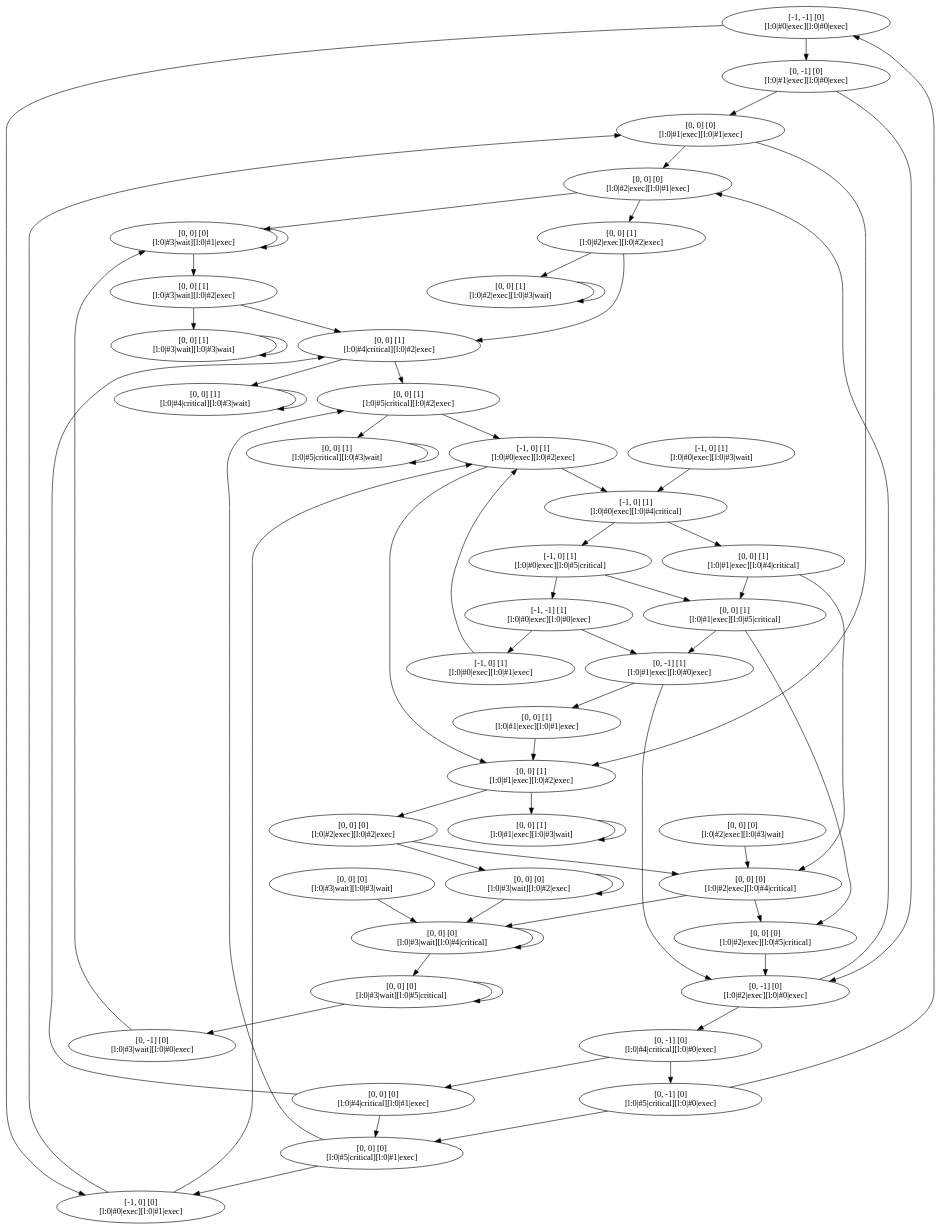
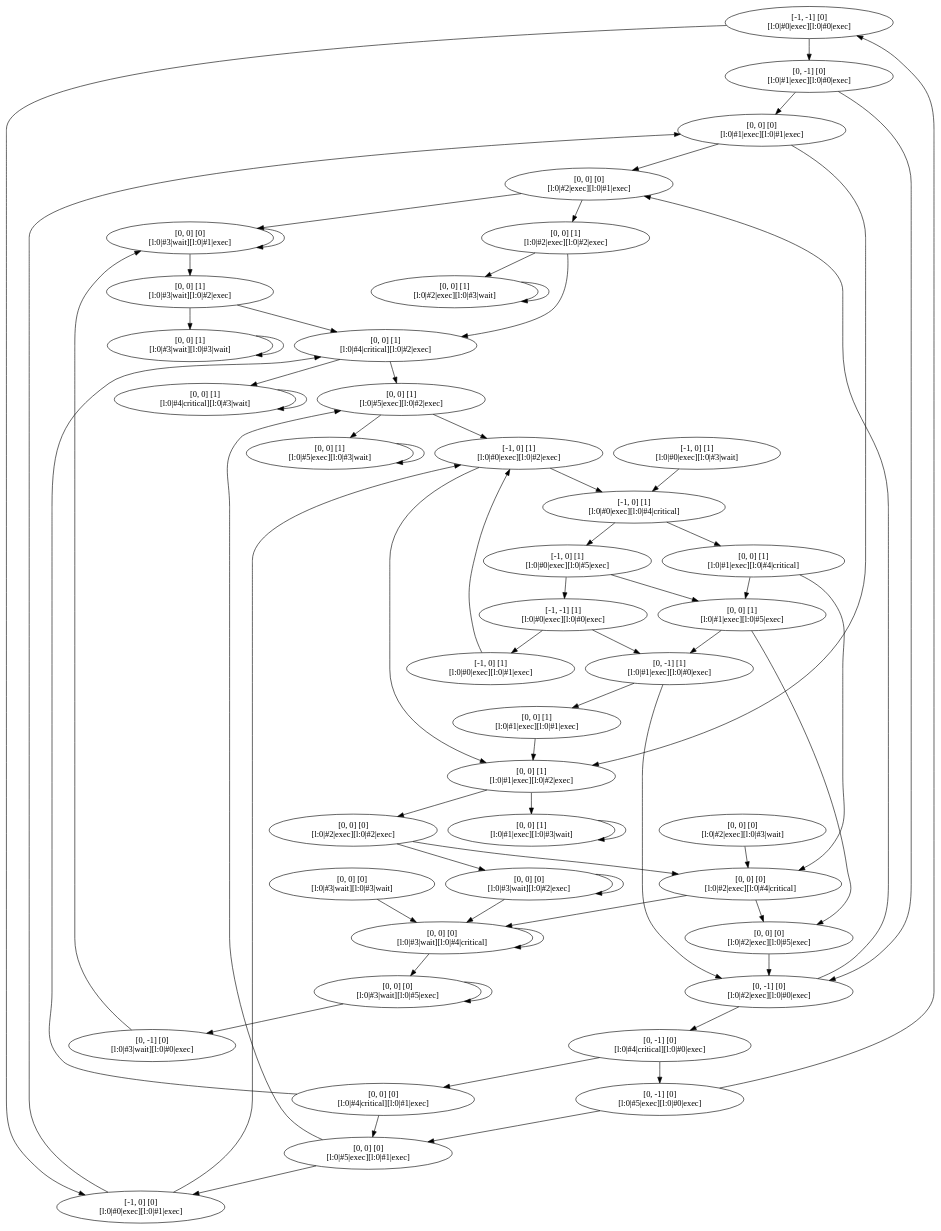
The diagram in TS.dot (JoshuaMoelans/BDD_AlgoStudy), drawn with Graphviz before and after one commit. The commit also changed 2 other files, not shown here.

```diff
--- a/TS.dot
+++ b/TS.dot
@@ -1,111 +1,111 @@
 digraph G {
 0 [label="[-1, -1] [0]\n[l:0|#0|exec][l:0|#0|exec]"]
 1 [label="[0, -1] [0]\n[l:0|#1|exec][l:0|#0|exec]"]
 4 [label="[0, 0] [0]\n[l:0|#1|exec][l:0|#1|exec]"]
 2 [label="[-1, 0] [0]\n[l:0|#0|exec][l:0|#1|exec]"]
 3 [label="[0, -1] [0]\n[l:0|#2|exec][l:0|#0|exec]"]
 6 [label="[-1, 0] [1]\n[l:0|#0|exec][l:0|#2|exec]"]
 7 [label="[0, -1] [0]\n[l:0|#4|critical][l:0|#0|exec]"]
 8 [label="[0, 0] [0]\n[l:0|#2|exec][l:0|#1|exec]"]
 10 [label="[0, 0] [1]\n[l:0|#1|exec][l:0|#2|exec]"]
-14 [label="[-1, 0] [1]\n[l:0|#0|exec][l:0|#4|critical]"]
-15 [label="[0, -1] [0]\n[l:0|#5|critical][l:0|#0|exec]"]
-16 [label="[0, 0] [0]\n[l:0|#4|critical][l:0|#1|exec]"]
-17 [label="[0, 0] [0]\n[l:0|#3|wait][l:0|#1|exec]"]
-18 [label="[0, 0] [1]\n[l:0|#2|exec][l:0|#2|exec]"]
-21 [label="[0, 0] [0]\n[l:0|#2|exec][l:0|#2|exec]"]
-22 [label="[0, 0] [1]\n[l:0|#1|exec][l:0|#3|wait]"]
-74 [label="[0, 0] [1]\n[l:0|#3|wait][l:0|#3|wait]"]
-88 [label="[0, 0] [0]\n[l:0|#3|wait][l:0|#4|critical]"]
-90 [label="[0, 0] [0]\n[l:0|#2|exec][l:0|#5|critical]"]
-91 [label="[0, 0] [0]\n[l:0|#3|wait][l:0|#3|wait]"]
-122 [label="[0, -1] [1]\n[l:0|#1|exec][l:0|#0|exec]"]
-126 [label="[-1, 0] [1]\n[l:0|#0|exec][l:0|#1|exec]"]
-134 [label="[0, 0] [1]\n[l:0|#5|critical][l:0|#3|wait]"]
-62 [label="[-1, -1] [1]\n[l:0|#0|exec][l:0|#0|exec]"]
-66 [label="[0, 0] [1]\n[l:0|#5|critical][l:0|#2|exec]"]
-70 [label="[0, 0] [1]\n[l:0|#4|critical][l:0|#3|wait]"]
-32 [label="[0, 0] [0]\n[l:0|#5|critical][l:0|#1|exec]"]
-30 [label="[-1, 0] [1]\n[l:0|#0|exec][l:0|#5|critical]"]
-29 [label="[0, 0] [1]\n[l:0|#1|exec][l:0|#4|critical]"]
-34 [label="[0, 0] [1]\n[l:0|#4|critical][l:0|#2|exec]"]
-36 [label="[0, 0] [1]\n[l:0|#3|wait][l:0|#2|exec]"]
-38 [label="[0, 0] [1]\n[l:0|#2|exec][l:0|#3|wait]"]
-43 [label="[0, 0] [0]\n[l:0|#3|wait][l:0|#2|exec]"]
-44 [label="[0, 0] [0]\n[l:0|#2|exec][l:0|#4|critical]"]
-45 [label="[0, 0] [0]\n[l:0|#2|exec][l:0|#3|wait]"]
-60 [label="[0, 0] [1]\n[l:0|#1|exec][l:0|#5|critical]"]
-178 [label="[0, 0] [0]\n[l:0|#3|wait][l:0|#5|critical]"]
-246 [label="[0, 0] [1]\n[l:0|#1|exec][l:0|#1|exec]"]
-269 [label="[-1, 0] [1]\n[l:0|#0|exec][l:0|#3|wait]"]
-358 [label="[0, -1] [0]\n[l:0|#3|wait][l:0|#0|exec]"]
+12 [label="[-1, 0] [1]\n[l:0|#0|exec][l:0|#4|critical]"]
+13 [label="[0, -1] [0]\n[l:0|#5|exec][l:0|#0|exec]"]
+14 [label="[0, 0] [0]\n[l:0|#4|critical][l:0|#1|exec]"]
+15 [label="[0, 0] [0]\n[l:0|#3|wait][l:0|#1|exec]"]
+16 [label="[0, 0] [1]\n[l:0|#2|exec][l:0|#2|exec]"]
+17 [label="[0, 0] [0]\n[l:0|#2|exec][l:0|#2|exec]"]
+18 [label="[0, 0] [1]\n[l:0|#1|exec][l:0|#3|wait]"]
+42 [label="[0, 0] [1]\n[l:0|#3|wait][l:0|#3|wait]"]
+46 [label="[0, 0] [0]\n[l:0|#3|wait][l:0|#4|critical]"]
+48 [label="[0, 0] [0]\n[l:0|#2|exec][l:0|#5|exec]"]
+49 [label="[0, 0] [0]\n[l:0|#3|wait][l:0|#3|wait]"]
+52 [label="[0, -1] [1]\n[l:0|#1|exec][l:0|#0|exec]"]
+54 [label="[-1, 0] [1]\n[l:0|#0|exec][l:0|#1|exec]"]
+56 [label="[0, 0] [1]\n[l:0|#5|exec][l:0|#3|wait]"]
+36 [label="[-1, -1] [1]\n[l:0|#0|exec][l:0|#0|exec]"]
+38 [label="[0, 0] [1]\n[l:0|#5|exec][l:0|#2|exec]"]
+40 [label="[0, 0] [1]\n[l:0|#4|critical][l:0|#3|wait]"]
+22 [label="[0, 0] [0]\n[l:0|#5|exec][l:0|#1|exec]"]
+20 [label="[-1, 0] [1]\n[l:0|#0|exec][l:0|#5|exec]"]
+19 [label="[0, 0] [1]\n[l:0|#1|exec][l:0|#4|critical]"]
+24 [label="[0, 0] [1]\n[l:0|#4|critical][l:0|#2|exec]"]
+26 [label="[0, 0] [1]\n[l:0|#3|wait][l:0|#2|exec]"]
+28 [label="[0, 0] [1]\n[l:0|#2|exec][l:0|#3|wait]"]
+29 [label="[0, 0] [0]\n[l:0|#3|wait][l:0|#2|exec]"]
+30 [label="[0, 0] [0]\n[l:0|#2|exec][l:0|#4|critical]"]
+31 [label="[0, 0] [0]\n[l:0|#2|exec][l:0|#3|wait]"]
+34 [label="[0, 0] [1]\n[l:0|#1|exec][l:0|#5|exec]"]
+62 [label="[0, 0] [0]\n[l:0|#3|wait][l:0|#5|exec]"]
+68 [label="[0, 0] [1]\n[l:0|#1|exec][l:0|#1|exec]"]
+71 [label="[-1, 0] [1]\n[l:0|#0|exec][l:0|#3|wait]"]
+74 [label="[0, -1] [0]\n[l:0|#3|wait][l:0|#0|exec]"]
 0 -> 1
 0 -> 2
 1 -> 3
 1 -> 4
 2 -> 4
 2 -> 6
 3 -> 7
 3 -> 8
 4 -> 8
 4 -> 10
 6 -> 10
-6 -> 14
-7 -> 15
-7 -> 16
-8 -> 17
-8 -> 18
-10 -> 21
-10 -> 22
-14 -> 29
-14 -> 30
-15 -> 0
-15 -> 32
-16 -> 32
-16 -> 34
-17 -> 17
-17 -> 36
-18 -> 34
-18 -> 38
-21 -> 43
-21 -> 44
-22 -> 22
-29 -> 44
-29 -> 60
-30 -> 60
-30 -> 62
-32 -> 2
-32 -> 66
-34 -> 66
-34 -> 70
-36 -> 34
-36 -> 74
-38 -> 38
-43 -> 43
-43 -> 88
-44 -> 88
-44 -> 90
-45 -> 44
-60 -> 90
-60 -> 122
-62 -> 122
-62 -> 126
-66 -> 6
-66 -> 134
-70 -> 70
-74 -> 74
-88 -> 88
-88 -> 178
-90 -> 3
-91 -> 88
-122 -> 3
-122 -> 246
-126 -> 6
-134 -> 134
-178 -> 178
-178 -> 358
-246 -> 10
-269 -> 14
-358 -> 17
+6 -> 12
+7 -> 13
+7 -> 14
+8 -> 15
+8 -> 16
+10 -> 17
+10 -> 18
+12 -> 19
+12 -> 20
+13 -> 0
+13 -> 22
+14 -> 22
+14 -> 24
+15 -> 15
+15 -> 26
+16 -> 24
+16 -> 28
+17 -> 29
+17 -> 30
+18 -> 18
+19 -> 30
+19 -> 34
+20 -> 34
+20 -> 36
+22 -> 2
+22 -> 38
+24 -> 38
+24 -> 40
+26 -> 24
+26 -> 42
+28 -> 28
+29 -> 29
+29 -> 46
+30 -> 46
+30 -> 48
+31 -> 30
+34 -> 48
+34 -> 52
+36 -> 52
+36 -> 54
+38 -> 6
+38 -> 56
+40 -> 40
+42 -> 42
+46 -> 46
+46 -> 62
+48 -> 3
+49 -> 46
+52 -> 3
+52 -> 68
+54 -> 6
+56 -> 56
+62 -> 62
+62 -> 74
+68 -> 10
+71 -> 12
+74 -> 15
 
 }
```
